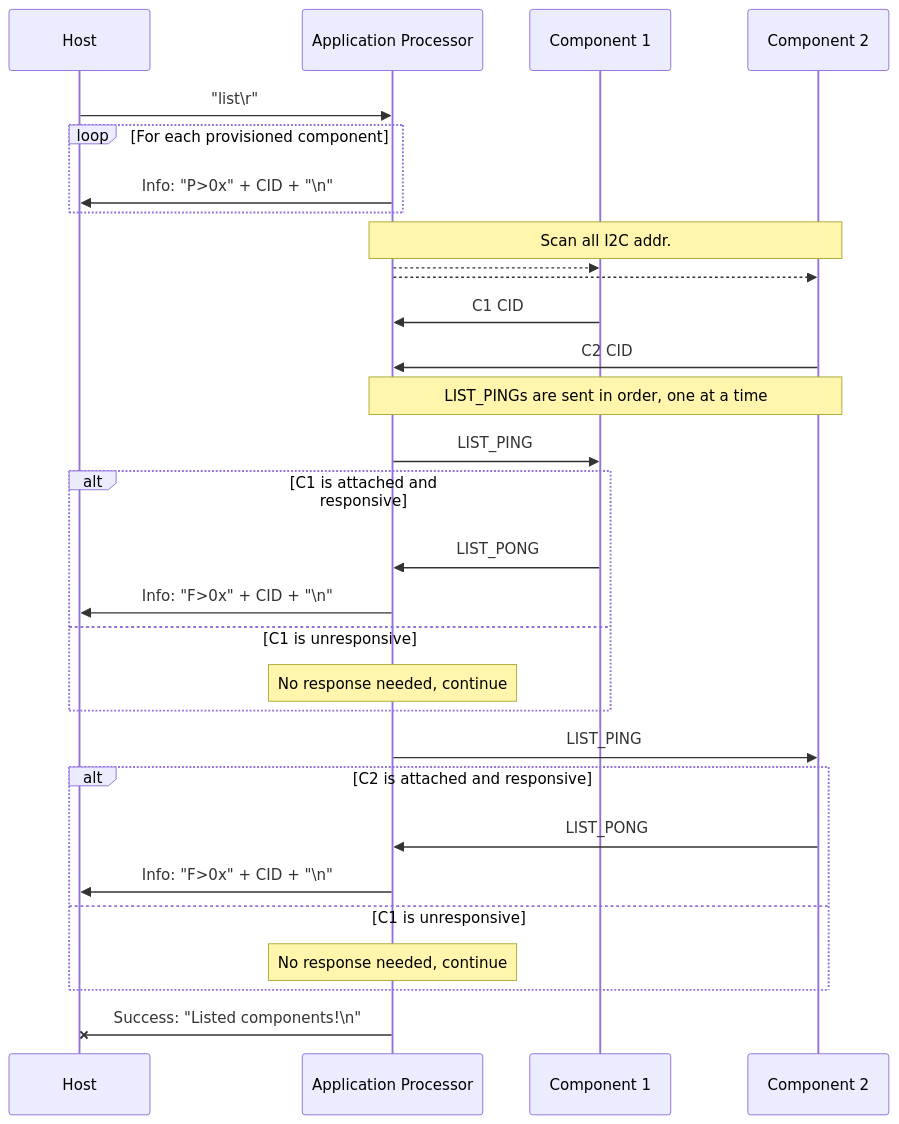
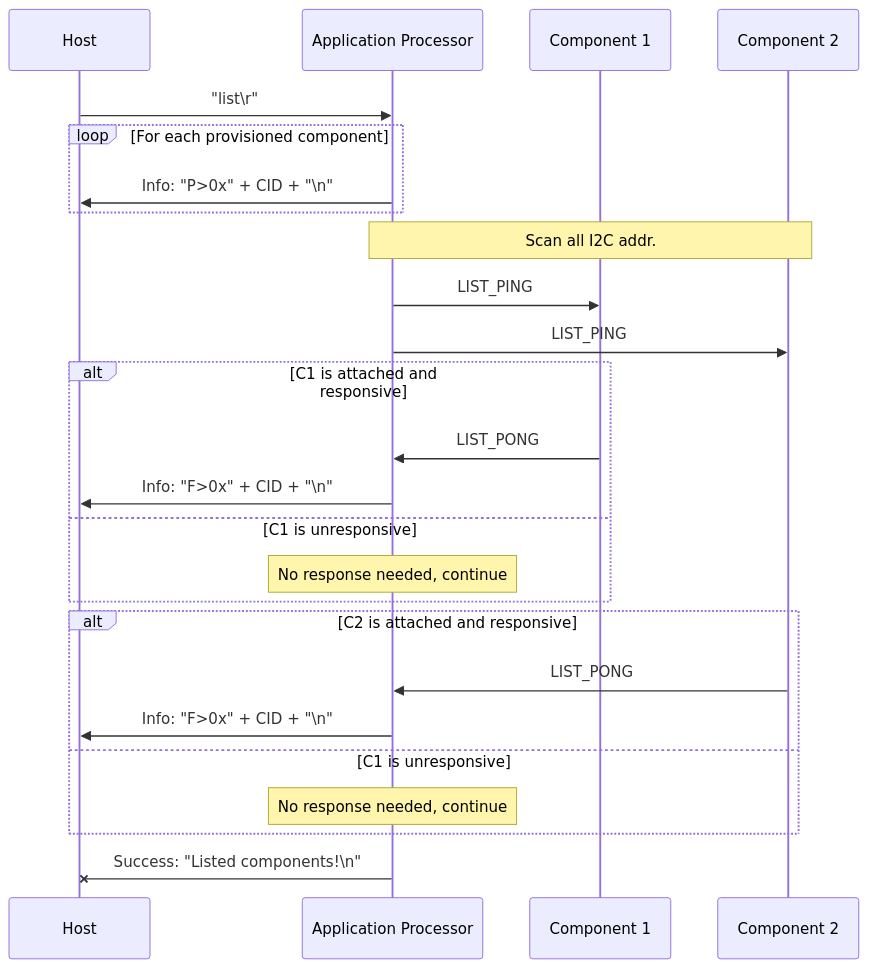
One commit to sigpwny/2024-ectf-uiuc changed the first of 4 diagrams in docs/misc_protocol.md. Above: the diagram before and after it, drawn with Mermaid.

````diff
--- a/docs/misc_protocol.md
+++ b/docs/misc_protocol.md
@@ -14,32 +14,27 @@
 ```mermaid
 sequenceDiagram
   participant H as Host
   participant AP as Application Processor
   participant C1 as Component 1
   participant C2 as Component 2
   H ->> AP: "list\r"
   loop For each provisioned component
     AP ->> H: Info: "P>0x" + CID + "\n"
   end
   Note over AP,C2: Scan all I2C addr.
-  AP -->> C1: 
-  AP -->> C2: 
-  C1 ->> AP: C1 CID
-  C2 ->> AP: C2 CID
-  Note over AP, C2: LIST_PINGs are sent in order, one at a time
   AP ->> C1: LIST_PING
+  AP ->> C2: LIST_PING
   alt C1 is attached and responsive
     C1 ->> AP: LIST_PONG
     AP ->> H: Info: "F>0x" + CID + "\n"
   else C1 is unresponsive
     Note over AP: No response needed, continue
   end
-  AP ->> C2: LIST_PING
   alt C2 is attached and responsive
     C2 ->> AP: LIST_PONG
     AP ->> H: Info: "F>0x" + CID + "\n"
   else C1 is unresponsive
     Note over AP: No response needed, continue
   end
   AP -x H: Success: "Listed components!\n"
 ```
````
